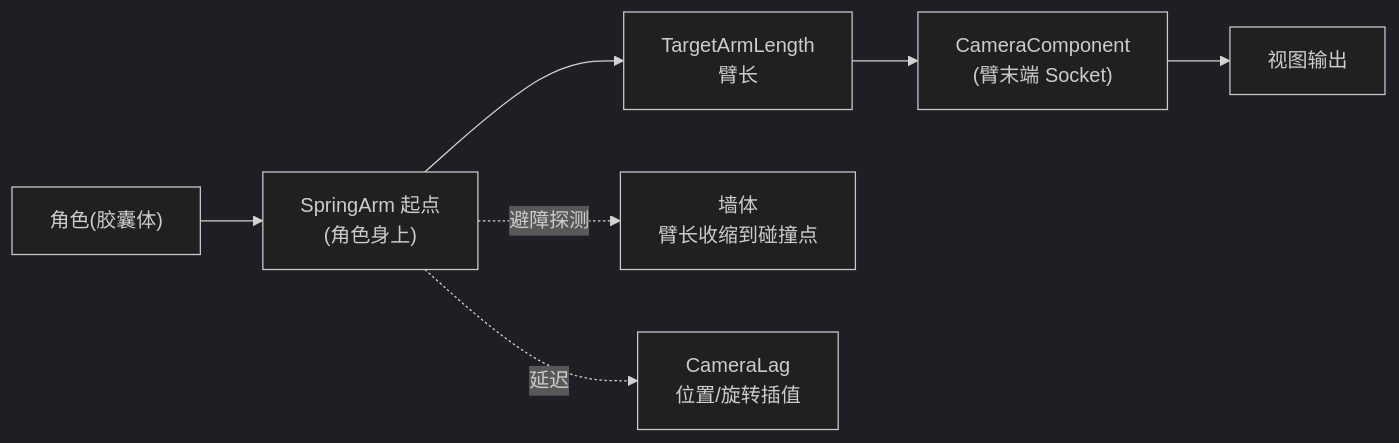
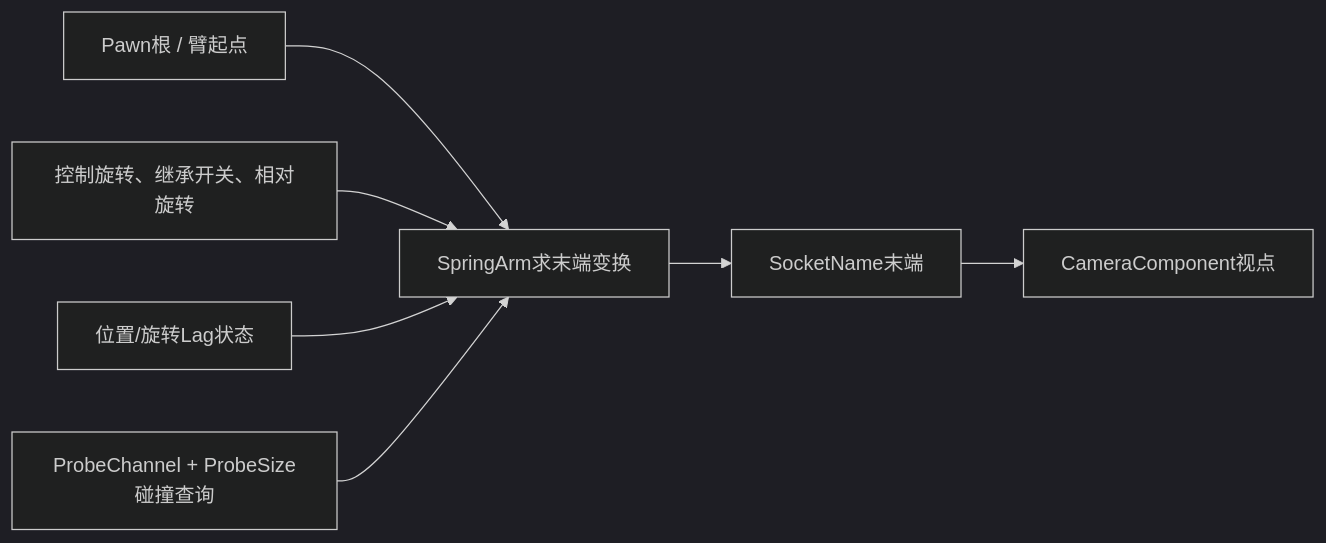
One commit to fantuan812/learning changed the eighth of 9 diagrams in 知识/05-Gameplay与交互系统/输入移动与交互/07-相机系统与视口.md. Above: the diagram before and after it, drawn with Mermaid (dark theme). The commit also changed other lines of this file and 1 other file, not shown here.

````diff
--- a/知识/05-Gameplay与交互系统/输入移动与交互/07-相机系统与视口.md
+++ b/知识/05-Gameplay与交互系统/输入移动与交互/07-相机系统与视口.md
@@ -285,9 +279,9 @@
 ```mermaid
 flowchart LR
-    CHAR["角色(胶囊体)"] --> ARM0["SpringArm 起点<br/>(角色身上)"]
-    ARM0 --> ARM1["TargetArmLength<br/>臂长"]
-    ARM1 --> CAM0["CameraComponent<br/>(臂末端 Socket)"]
-    ARM0 -.避障探测.-> WALL["墙体<br/>臂长收缩到碰撞点"]
-    CAM0 --> VIEW0["视图输出"]
-    ARM0 -.延迟.-> LAG["CameraLag<br/>位置/旋转插值"]
+    ROOT["Pawn根 / 臂起点"] --> ARM["SpringArm求末端变换"]
+    ROT["控制旋转、继承开关、相对旋转"] --> ARM
+    LAG["位置/旋转Lag状态"] --> ARM
+    COLL["ProbeChannel + ProbeSize碰撞查询"] --> ARM
+    ARM --> SOCKET["SocketName末端"]
+    SOCKET --> CAM["CameraComponent视点"]
 ```
````
